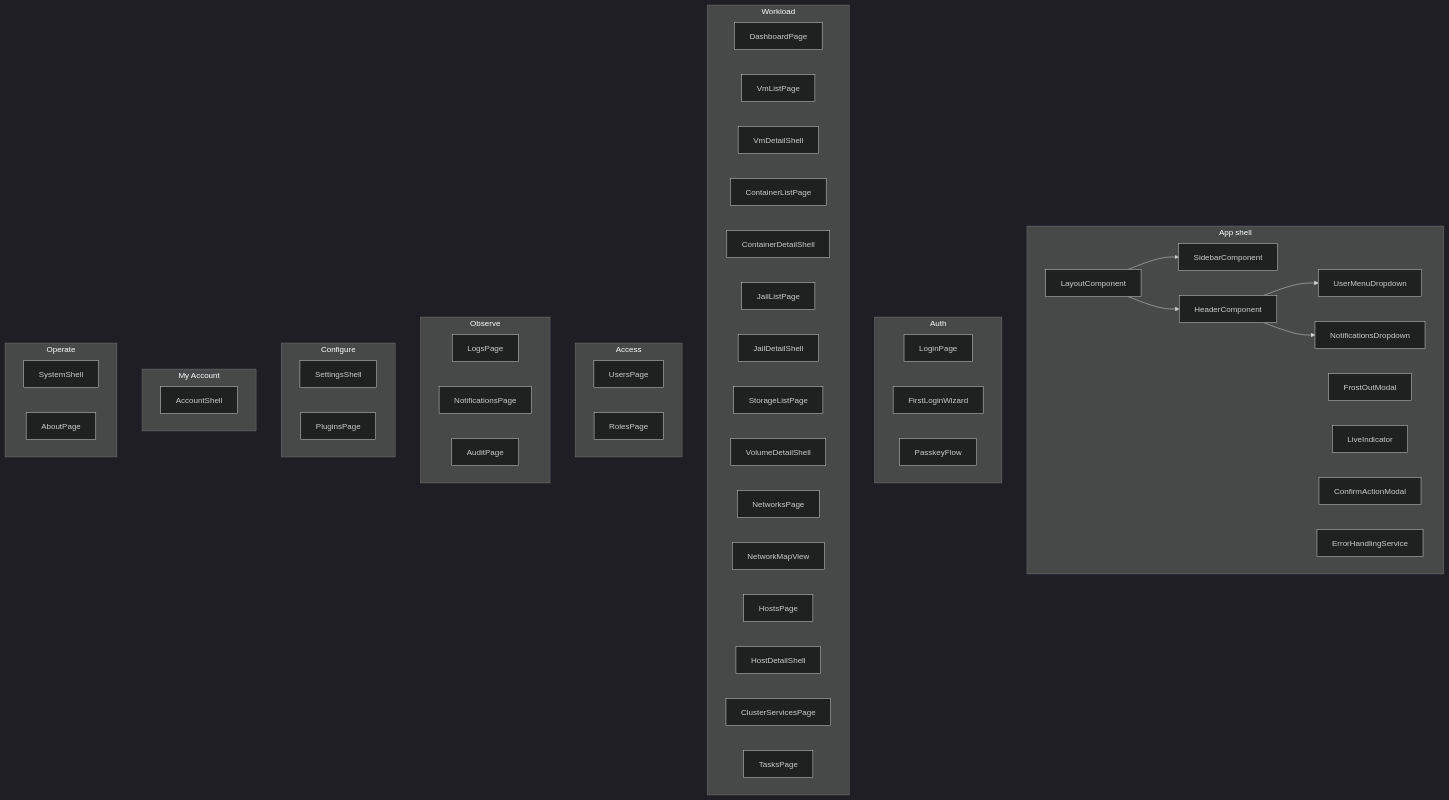
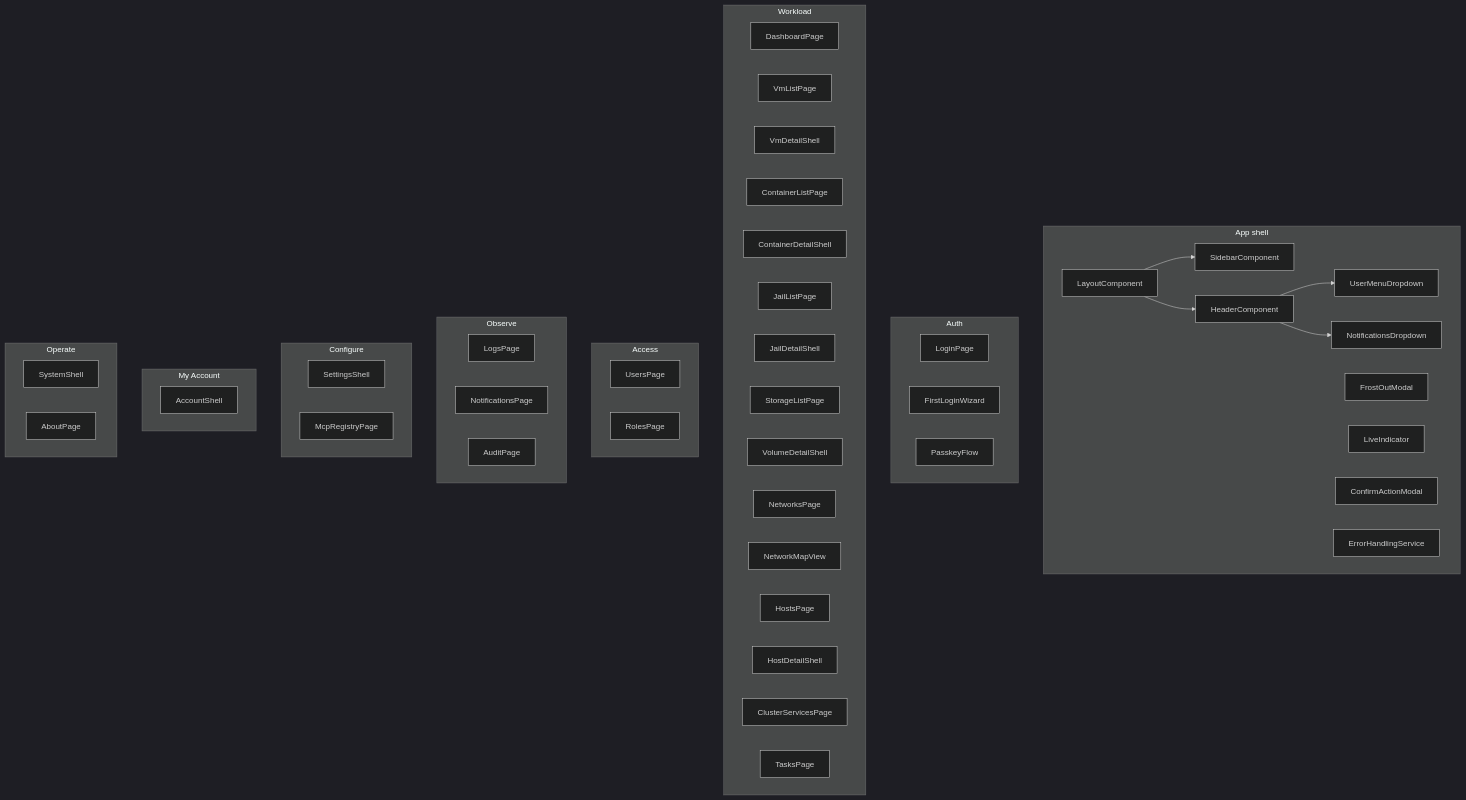
One commit to marklapointe/cloudbsd-ai-www changed the first of 2 diagrams in docs/migration/component-catalog-plan.md. Above: the diagram before and after it, drawn with Mermaid (dark theme). The commit also changed other lines of this file and 25 other files, not shown here.

First line of the commit message:
docs: reframe Plugins as MCP extension system

````diff
--- a/docs/migration/component-catalog-plan.md
+++ b/docs/migration/component-catalog-plan.md
@@ -45,68 +45,68 @@
 ```mermaid
 flowchart TB
   subgraph shell [App shell]
     Layout[LayoutComponent]
     Sidebar[SidebarComponent]
     Header[HeaderComponent]
     UserMenu[UserMenuDropdown]
     NotifMenu[NotificationsDropdown]
     Frost[FrostOutModal]
     LivePill[LiveIndicator]
     Confirm[ConfirmActionModal]
     ErrorSvc[ErrorHandlingService]
   end
 
   subgraph auth [Auth]
     Login[LoginPage]
     FirstLogin[FirstLoginWizard]
     Passkey[PasskeyFlow]
   end
 
   subgraph workload [Workload]
     Dashboard[DashboardPage]
     VmList[VmListPage]
     VmDetail[VmDetailShell]
     CtList[ContainerListPage]
     CtDetail[ContainerDetailShell]
     JailList[JailListPage]
     JailDetail[JailDetailShell]
     Storage[StorageListPage]
     VolDetail[VolumeDetailShell]
     NetList[NetworksPage]
     NetMap[NetworkMapView]
     HostList[HostsPage]
     HostDetail[HostDetailShell]
     Cluster[ClusterServicesPage]
     Tasks[TasksPage]
   end
 
   subgraph access [Access]
     Users[UsersPage]
     Roles[RolesPage]
   end
 
   subgraph observe [Observe]
     Logs[LogsPage]
     Notifications[NotificationsPage]
     Audit[AuditPage]
   end
 
   subgraph configure [Configure]
     Settings[SettingsShell]
-    Plugins[PluginsPage]
+    MCP[McpRegistryPage]
   end
 
   subgraph account [My Account]
     Account[AccountShell]
   end
 
   subgraph operate [Operate]
     System[SystemShell]
     About[AboutPage]
   end
 
   Layout --> Sidebar
   Layout --> Header
   Header --> UserMenu
   Header --> NotifMenu
 ```
````
